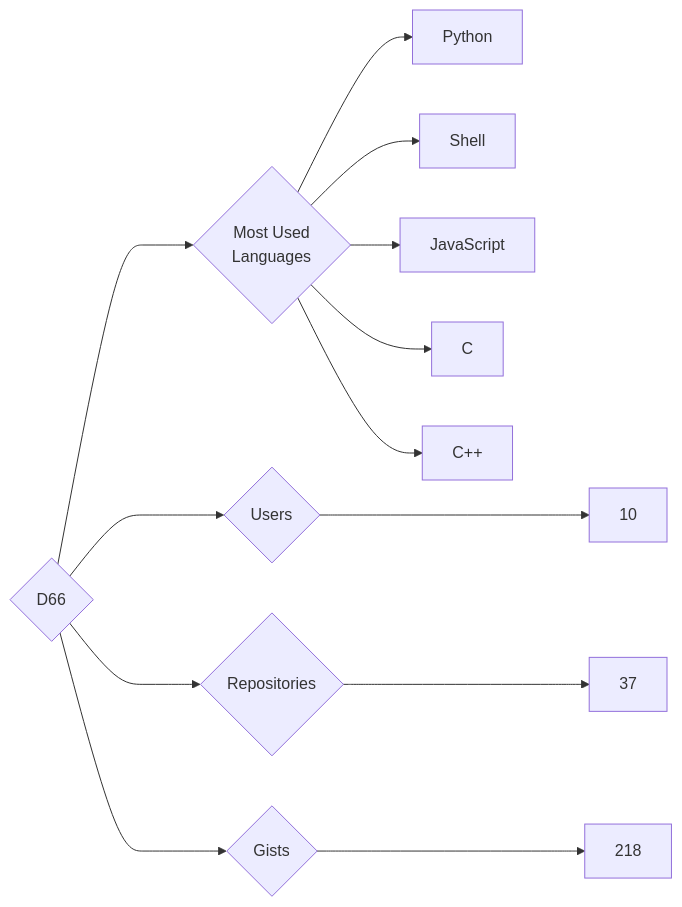
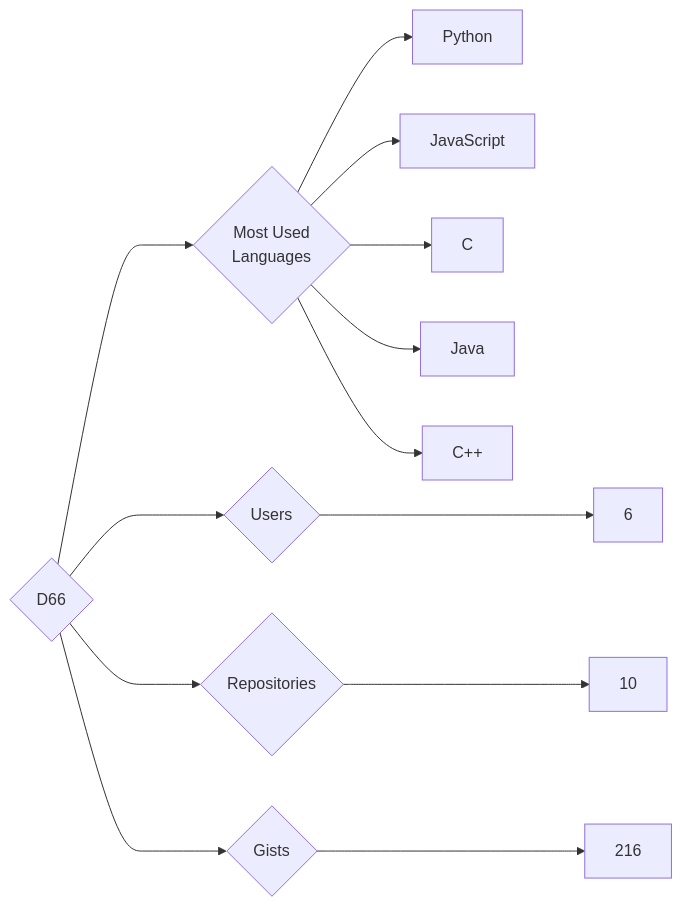
One commit to trickest/insiders changed the diagram in targets/D66/README.md. Above: the diagram before and after it, drawn with Mermaid. The commit also changed 772 other files, not shown here.

````diff
--- a/targets/D66/README.md
+++ b/targets/D66/README.md
@@ -3,13 +3,13 @@
 ```mermaid
 graph LR
 COMPANY_NAME{D66}
-COMPANY_NAME ---> U{Users} ---> UN[10]
-COMPANY_NAME ---> R{Repositories} ---> RN[37]
-COMPANY_NAME ---> G{Gists} ---> GN[218]
+COMPANY_NAME ---> U{Users} ---> UN[6]
+COMPANY_NAME ---> R{Repositories} ---> RN[10]
+COMPANY_NAME ---> G{Gists} ---> GN[216]
 COMPANY_NAME ---> ML{Most Used<br>Languages}
 ML --> Python[Python]
-ML --> Shell[Shell]
 ML --> JavaScript[JavaScript]
 ML --> C[C]
+ML --> Java[Java]
 ML --> C++[C++]
 ```
````
